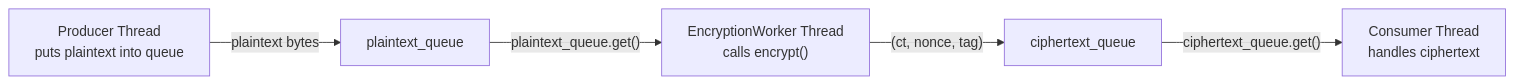
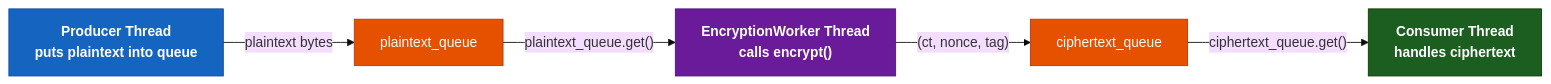
The fourth of 14 diagrams in PROJECT_DOCUMENTATION.md (HeshamAfandi/Secure-Communication-System), drawn with Mermaid before and after one commit. The commit also changed other lines of this file, not shown here.

Commit message:
made the diagrams colored

````diff
--- a/PROJECT_DOCUMENTATION.md
+++ b/PROJECT_DOCUMENTATION.md
@@ -411,7 +425,13 @@
 ```mermaid
+%%{init: {'theme': 'base'}}%%
 flowchart LR
-    P["Producer Thread<br/>puts plaintext into queue"] -->|"plaintext bytes"| Q1["plaintext_queue"]
-    Q1 -->|"plaintext_queue.get()"| W["EncryptionWorker Thread<br/>calls encrypt()"]
-    W -->|"(ct, nonce, tag)"| Q2["ciphertext_queue"]
-    Q2 -->|"ciphertext_queue.get()"| C["Consumer Thread<br/>handles ciphertext"]
+    classDef producer fill:#1565C0,stroke:#0D47A1,color:#FFFFFF,font-weight:bold
+    classDef worker   fill:#6A1B9A,stroke:#4A148C,color:#FFFFFF,font-weight:bold
+    classDef queue    fill:#E65100,stroke:#BF360C,color:#FFFFFF
+    classDef consumer fill:#1B5E20,stroke:#0D3B00,color:#FFFFFF,font-weight:bold
+
+    P["Producer Thread<br/>puts plaintext into queue"]:::producer -->|"plaintext bytes"| Q1["plaintext_queue"]:::queue
+    Q1 -->|"plaintext_queue.get()"| W["EncryptionWorker Thread<br/>calls encrypt()"]:::worker
+    W -->|"(ct, nonce, tag)"| Q2["ciphertext_queue"]:::queue
+    Q2 -->|"ciphertext_queue.get()"| C["Consumer Thread<br/>handles ciphertext"]:::consumer
 ```
````
